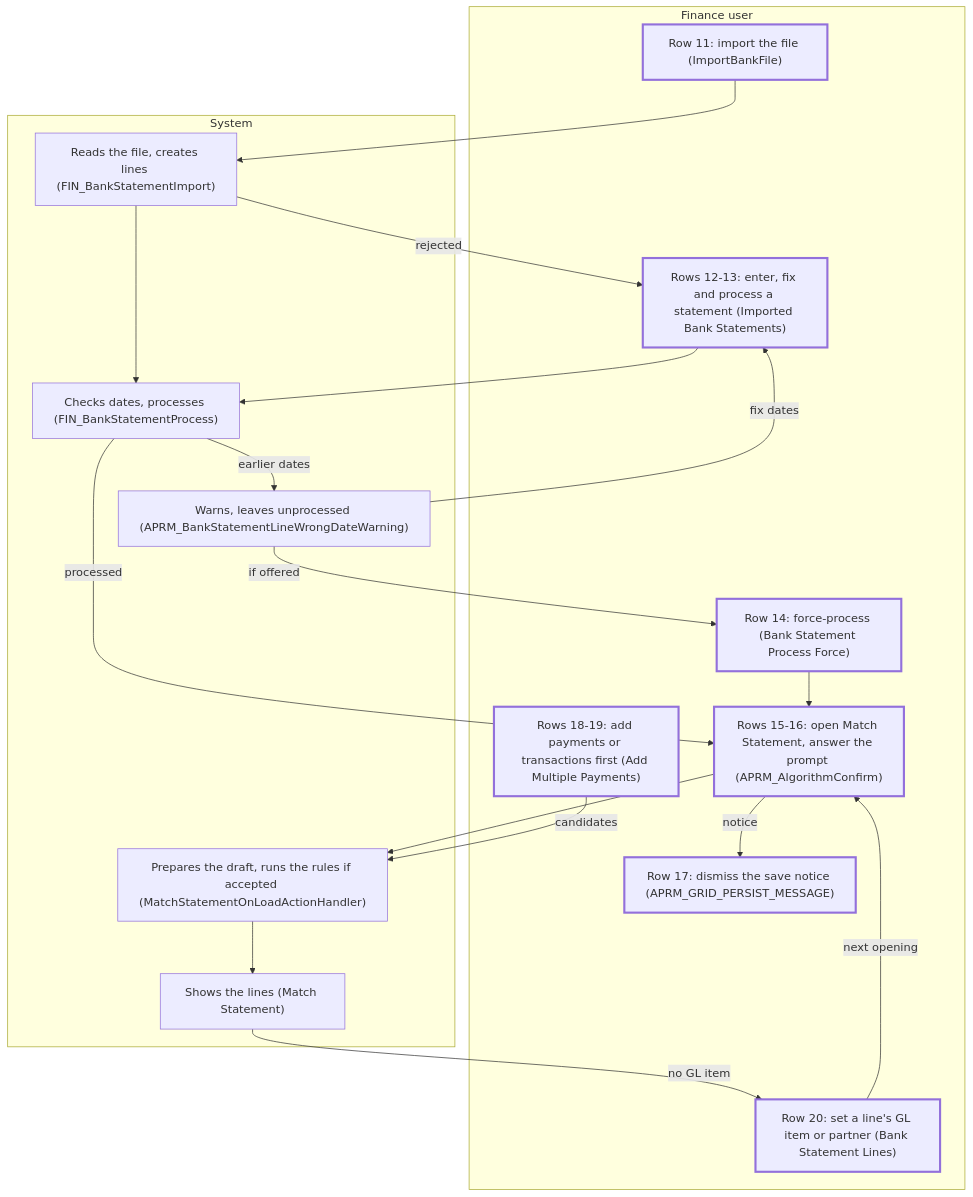
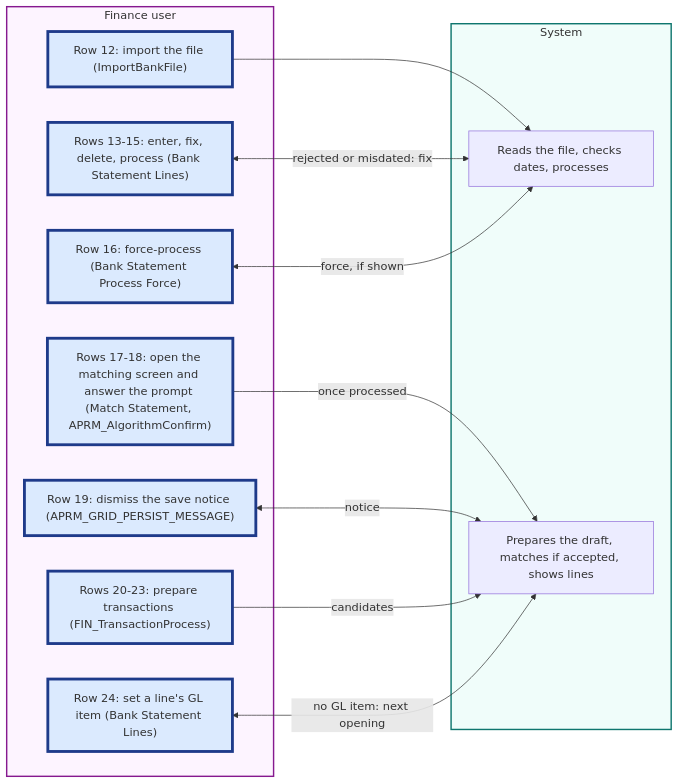
One commit to blitzy-public-samples/openbravo-erp changed the fifth of 9 diagrams in docs/analysis/analysis-1-current-state-reconciliation.md. Above: the diagram before and after it, drawn with Mermaid. The commit also changed other lines of this file, not shown here.

First line of the commit message:
Expand Analysis 1 manual-action inventory and swimlanes

````diff
--- a/docs/analysis/analysis-1-current-state-reconciliation.md
+++ b/docs/analysis/analysis-1-current-state-reconciliation.md
@@ -255,36 +271,29 @@
 ```mermaid
-flowchart TB
+flowchart LR
+  accTitle: Figure 5. Swimlane of Import and Opening
+  accDescr: Statements are imported, checked and opened.
   subgraph People["Finance user"]
-    M11["Row 11: import the file (ImportBankFile)"]
-    M12["Rows 12-13: enter, fix and process a statement (Imported Bank Statements)"]
-    M14["Row 14: force-process (Bank Statement Process Force)"]
-    M15["Rows 15-16: open Match Statement, answer the prompt (APRM_AlgorithmConfirm)"]
-    M17["Row 17: dismiss the save notice (APRM_GRID_PERSIST_MESSAGE)"]
-    M18["Rows 18-19: add payments or transactions first (Add Multiple Payments)"]
-    M20["Row 20: set a line's GL item or partner (Bank Statement Lines)"]
+    M19["Row 19: dismiss the save notice (APRM_GRID_PERSIST_MESSAGE)"]
+    M20["Rows 20-23: prepare transactions (FIN_TransactionProcess)"]
+    M17["Rows 17-18: open the matching screen and answer the prompt (Match Statement, APRM_AlgorithmConfirm)"]
+    M16["Row 16: force-process (Bank Statement Process Force)"]
+    M24["Row 24: set a line's GL item (Bank Statement Lines)"]
+    M12["Row 12: import the file (ImportBankFile)"]
+    M13["Rows 13-15: enter, fix, delete, process (Bank Statement Lines)"]
   end
   subgraph System["System"]
-    S1["Reads the file, creates lines (FIN_BankStatementImport)"]
-    S2["Checks dates, processes (FIN_BankStatementProcess)"]
-    S3["Warns, leaves unprocessed (APRM_BankStatementLineWrongDateWarning)"]
-    S4["Prepares the draft, runs the rules if accepted (MatchStatementOnLoadActionHandler)"]
-    S5["Shows the lines (Match Statement)"]
+    S1["Reads the file, checks dates, processes"]
+    S2["Prepares the draft, matches if accepted, shows lines"]
   end
-  M11 --> S1
-  S1 -->|"rejected"| M12
-  S1 --> S2
-  M12 --> S2
-  S2 -->|"earlier dates"| S3
-  S3 -->|"fix dates"| M12
-  S3 -->|"if offered"| M14
-  S2 -->|"processed"| M15
-  M14 --> M15
-  M15 -->|"notice"| M17
-  M15 --> S4
-  M18 -->|"candidates"| S4
-  S4 --> S5
-  S5 -->|"no GL item"| M20
-  M20 -->|"next opening"| M15
-  classDef manual stroke-width:3px
-  class M11,M12,M14,M15,M17,M18,M20 manual
+  M12-->S1
+  M13<-->|"rejected or misdated: fix"|S1
+  M16<-->|"force, if shown"|S1
+  M17-->|"once processed"|S2
+  M19<-->|notice|S2
+  M20-->|candidates|S2
+  M24<-->|"no GL item: next opening"|S2
+  style People fill:#fdf4ff,stroke:#86198f,stroke-width:2px
+  style System fill:#f0fdfa,stroke:#0f766e,stroke-width:2px
+  classDef manual fill:#dbeafe,stroke:#1e3a8a,stroke-width:4px
+  class M12,M13,M16,M17,M19,M20,M24 manual
 ```
````
